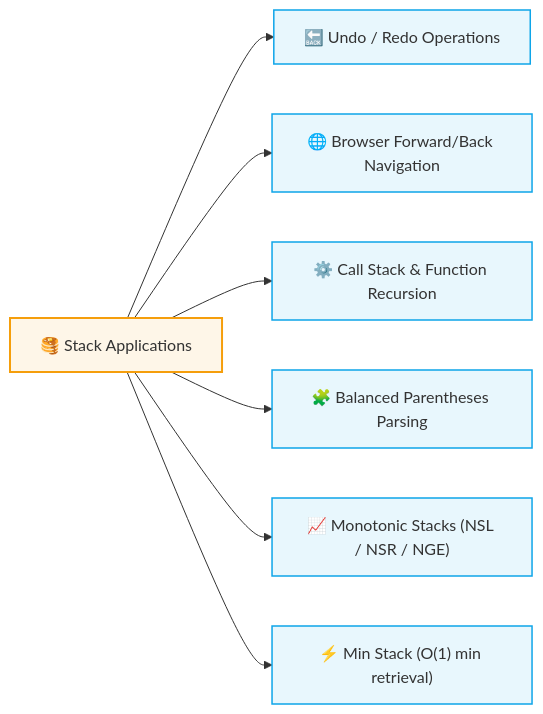
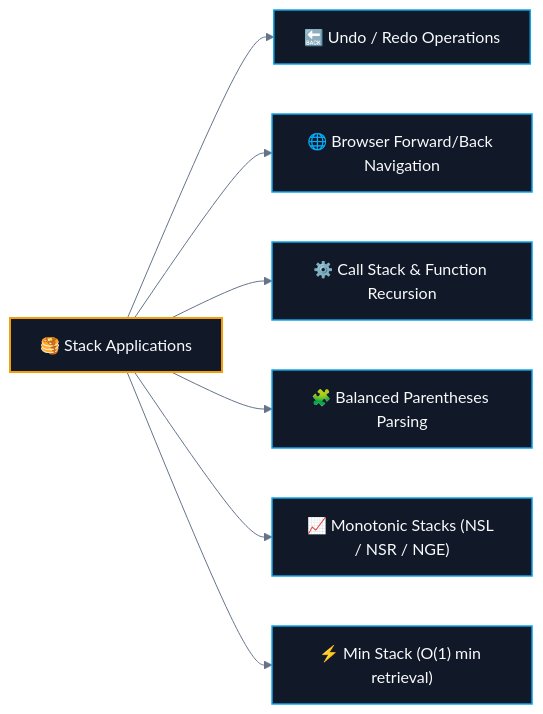
The fourth of 5 diagrams in CS/DSA/06. Stacks & Queues/01. Stack Fundamentals.md (abhinavbharti2345/CS_Notes), drawn with Mermaid before and after one commit. The commit also changed other lines of this file and 195 other files, not shown here.

````diff
--- a/CS/DSA/06. Stacks & Queues/01. Stack Fundamentals.md
+++ b/CS/DSA/06. Stacks & Queues/01. Stack Fundamentals.md
@@ -203,15 +206,16 @@
 ```mermaid
+%%{init: {'theme': 'base', 'themeVariables': { 'darkMode': true, 'background': '#0B0F14', 'mainBkg': '#111827', 'primaryColor': '#111827', 'primaryTextColor': '#F8FAFC', 'primaryBorderColor': '#38BDF8', 'lineColor': '#64748B', 'secondaryColor': '#0B0F14', 'tertiaryColor': '#0B0F14', 'clusterBkg': '#0B0F14', 'clusterBorder': '#38BDF8' }}}%%
 flowchart LR
     S["🥞 Stack Applications"]
     S --> A1["🔙 Undo / Redo Operations"]
     S --> A2["🌐 Browser Forward/Back Navigation"]
     S --> A3["⚙️ Call Stack & Function Recursion"]
     S --> A4["🧩 Balanced Parentheses Parsing"]
     S --> A5["📈 Monotonic Stacks (NSL / NSR / NGE)"]
     S --> A6["⚡ Min Stack (O(1) min retrieval)"]
 
-    classDef root fill:#f59e0b18,stroke:#f59e0b,stroke-width:2px;
-    classDef app fill:#0ea5e918,stroke:#0ea5e9,stroke-width:1.5px;
+    classDef root fill:#111827,stroke:#f59e0b,stroke-width:2px,color:#F8FAFC;
+    classDef app fill:#111827,stroke:#0ea5e9,stroke-width:1.5px,color:#F8FAFC;
     class S root;
     class A1,A2,A3,A4,A5,A6 app;
 ```
````
